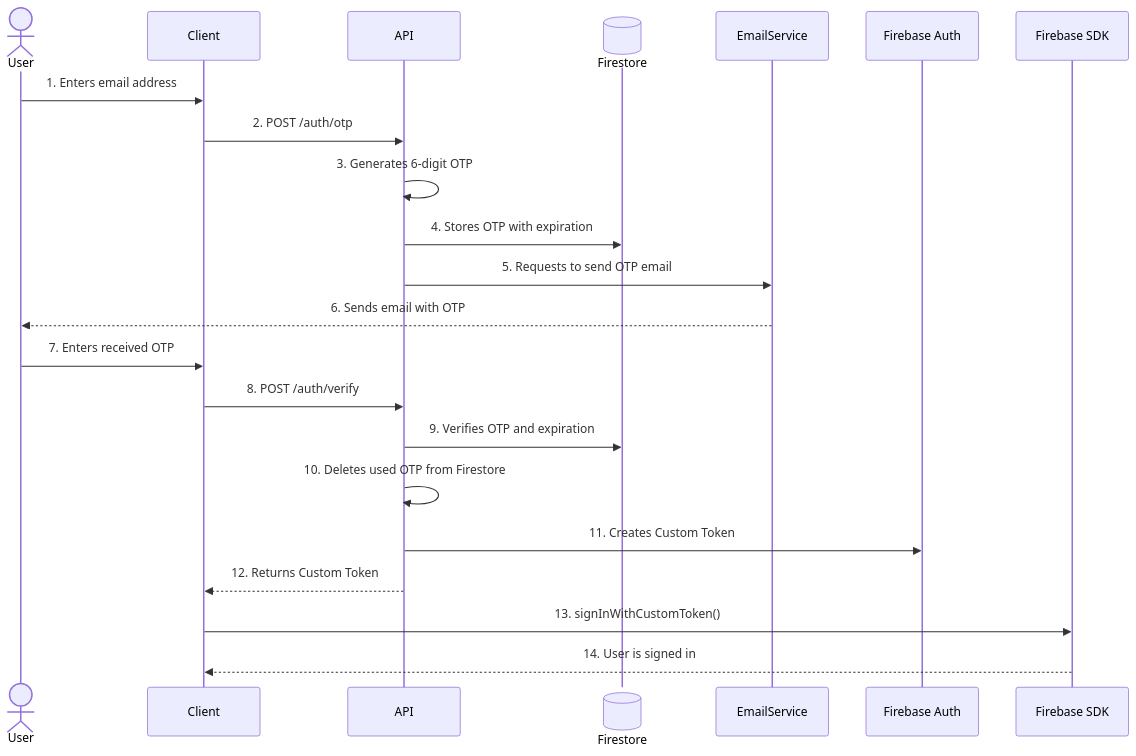
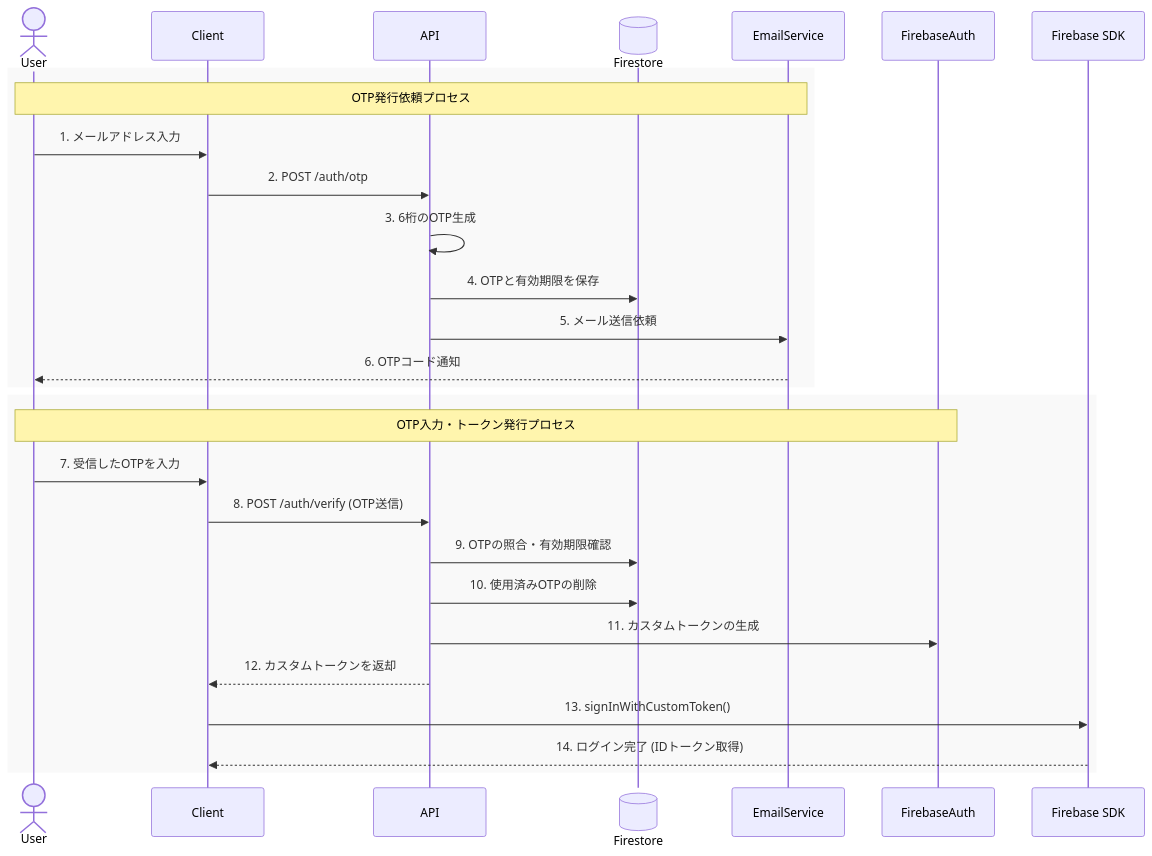
One commit to OTakumi/custom_auth_with_firebase changed the diagram in README.md. Above: the diagram before and after it, drawn with Mermaid.

Commit message:
Add Japanese translations to OTP process in README
Updated the OTP issuance and verification process to include Japanese translations for better clarity.

````diff
--- a/README.md
+++ b/README.md
@@ -15,25 +15,34 @@
 ```mermaid
 sequenceDiagram
     actor User
     participant Client
     participant API
     participant Firestore@{ "type":"database" }
     participant EmailService
+    participant FirebaseAuth
 
-    User->>Client: 1. Enters email address
-    Client->>API: 2. POST /auth/otp
-    API->>API: 3. Generates 6-digit OTP
-    API->>Firestore: 4. Stores OTP with expiration
-    API->>EmailService: 5. Requests to send OTP email
-    EmailService-->>User: 6. Sends email with OTP
+    %% --- OTP発行依頼プロセス ---
+    rect rgb(128, 128, 128, 0.05)
+    　Note over User, EmailService: OTP発行依頼プロセス
+    　User->>Client: 1. メールアドレス入力
+    　Client->>API: 2. POST /auth/otp
+    　API->>API: 3. 6桁のOTP生成
+    　API->>Firestore: 4. OTPと有効期限を保存
+    　API->>EmailService: 5. メール送信依頼
+    　EmailService-->>User: 6. OTPコード通知
+    end
 
-    User->>Client: 7. Enters received OTP
-    Client->>API: 8. POST /auth/verify
-    API->>Firestore: 9. Verifies OTP and expiration
-    API->>API: 10. Deletes used OTP from Firestore
-    API->>Firebase Auth: 11. Creates Custom Token
-    API-->>Client: 12. Returns Custom Token
+    %% --- OTP入力・トークン発行プロセス ---
+    rect rgb(128, 128, 128, 0.05)
+    　Note over User, FirebaseAuth: OTP入力・トークン発行プロセス
+    　User->>Client: 7. 受信したOTPを入力
+    　Client->>API: 8. POST /auth/verify (OTP送信)
+    　API->>Firestore: 9. OTPの照合・有効期限確認
+    　API->>Firestore: 10. 使用済みOTPの削除
+    　API->>FirebaseAuth: 11. カスタムトークンの生成
+    　API-->>Client: 12. カスタムトークンを返却
     
-    Client->>Firebase SDK: 13. signInWithCustomToken()
-    Firebase SDK-->>Client: 14. User is signed in
+    　Client->>Firebase SDK: 13. signInWithCustomToken()
+    　Firebase SDK-->>Client: 14. ログイン完了 (IDトークン取得)
+    end
 ```
````
